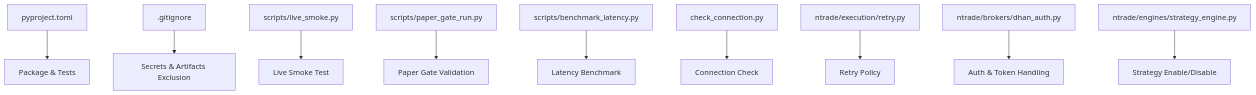
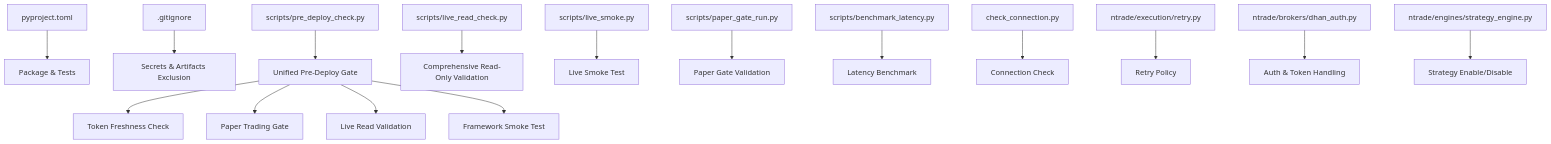
The first of 4 diagrams in .qoder/repowiki/en/content/Examples & Tutorials/Production Deployment Examples/Deployment Workflows.md (Ganesh-Kusundal/nTrade), drawn with Mermaid before and after one commit. The commit also changed other lines of this file and 203 other files, not shown here.

First line of the commit message:
review findings sweep: depth retry, LTP failure guard, stale-refresh fix, rate-gate blocked heuristic

````diff
--- a/.qoder/repowiki/en/content/Examples & Tutorials/Production Deployment Examples/Deployment Workflows.md
+++ b/.qoder/repowiki/en/content/Examples & Tutorials/Production Deployment Examples/Deployment Workflows.md
@@ -40,12 +53,18 @@
 ```mermaid
 graph TB
 A["pyproject.toml"] --> B["Package & Tests"]
 C[".gitignore"] --> D["Secrets & Artifacts Exclusion"]
-E["scripts/live_smoke.py"] --> F["Live Smoke Test"]
-G["scripts/paper_gate_run.py"] --> H["Paper Gate Validation"]
-I["scripts/benchmark_latency.py"] --> J["Latency Benchmark"]
-K["check_connection.py"] --> L["Connection Check"]
-M["ntrade/execution/retry.py"] --> N["Retry Policy"]
-O["ntrade/brokers/dhan_auth.py"] --> P["Auth & Token Handling"]
-Q["ntrade/engines/strategy_engine.py"] --> R["Strategy Enable/Disable"]
+E["scripts/pre_deploy_check.py"] --> F["Unified Pre-Deploy Gate"]
+F --> G["Token Freshness Check"]
+F --> H["Paper Trading Gate"]
+F --> I["Live Read Validation"]
+F --> J["Framework Smoke Test"]
+K["scripts/live_read_check.py"] --> L["Comprehensive Read-Only Validation"]
+M["scripts/live_smoke.py"] --> N["Live Smoke Test"]
+O["scripts/paper_gate_run.py"] --> P["Paper Gate Validation"]
+Q["scripts/benchmark_latency.py"] --> R["Latency Benchmark"]
+S["check_connection.py"] --> T["Connection Check"]
+U["ntrade/execution/retry.py"] --> V["Retry Policy"]
+W["ntrade/brokers/dhan_auth.py"] --> X["Auth & Token Handling"]
+Y["ntrade/engines/strategy_engine.py"] --> Z["Strategy Enable/Disable"]
 ```
````
